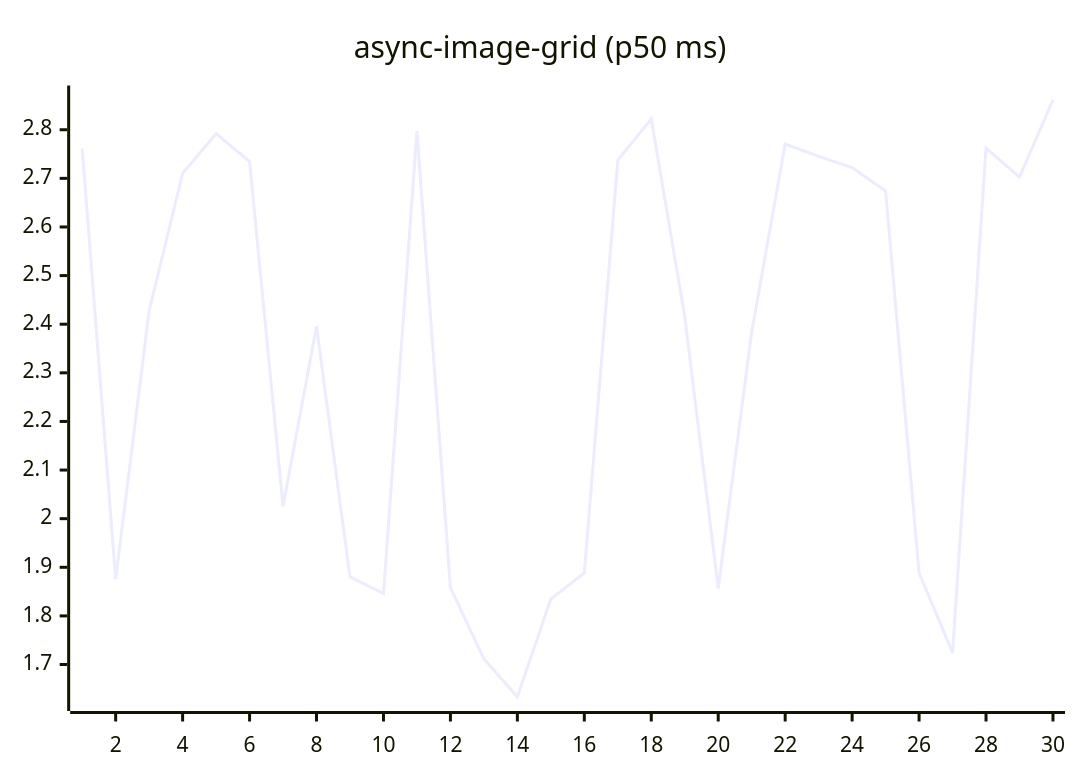
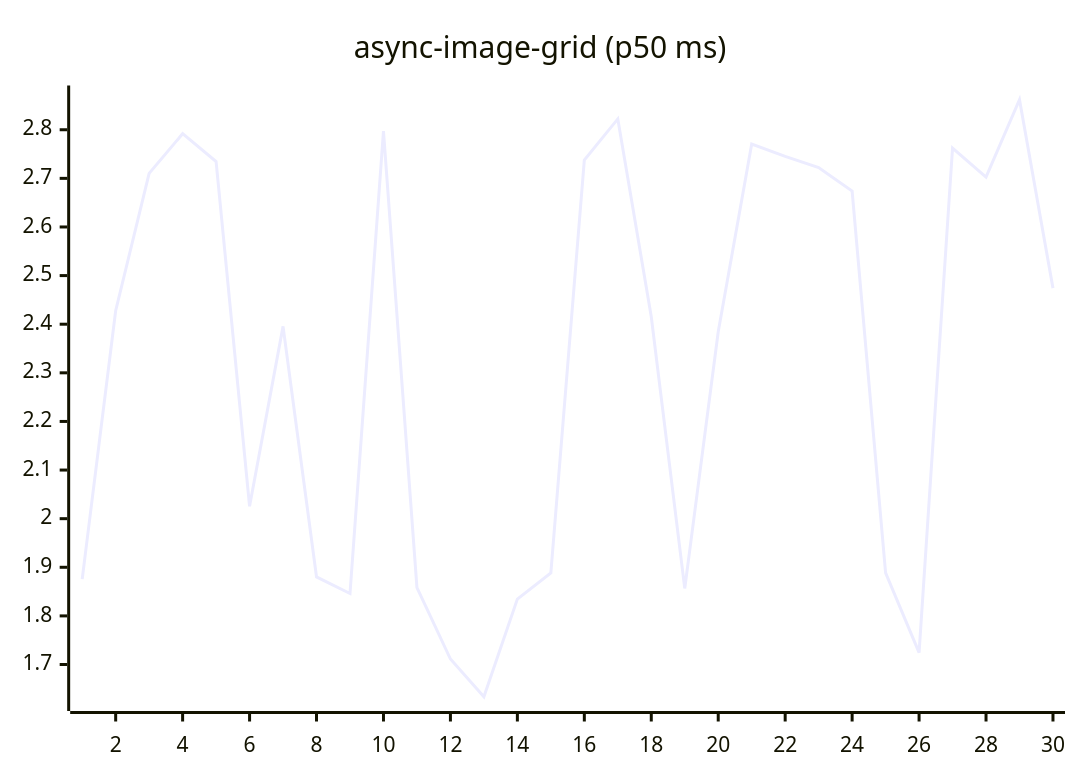
One commit to josha/Facet changed the fifth of 27 diagrams in README.md. Above: the diagram before and after it, drawn with Mermaid. The commit also changed other lines of this file and 2 other files, not shown here.

````diff
--- a/README.md
+++ b/README.md
@@ -91,6 +91,6 @@
 ```mermaid
 xychart-beta
     title "async-image-grid (p50 ms)"
     x-axis 1 --> 30
-    line [2.7614, 1.8756, 2.4277, 2.7103, 2.7919, 2.7346, 2.0254, 2.3955, 1.8801, 1.8461, 2.7970, 1.8583, 1.7113, 1.6337, 1.8346, 1.8885, 2.7375, 2.8223, 2.4153, 1.8565, 2.3845, 2.7705, 2.7451, 2.7222, 2.6737, 1.8884, 1.7244, 2.7624, 2.7026, 2.8617]
+    line [1.8756, 2.4277, 2.7103, 2.7919, 2.7346, 2.0254, 2.3955, 1.8801, 1.8461, 2.7970, 1.8583, 1.7113, 1.6337, 1.8346, 1.8885, 2.7375, 2.8223, 2.4153, 1.8565, 2.3845, 2.7705, 2.7451, 2.7222, 2.6737, 1.8884, 1.7244, 2.7624, 2.7026, 2.8617, 2.4742]
 ```
````
